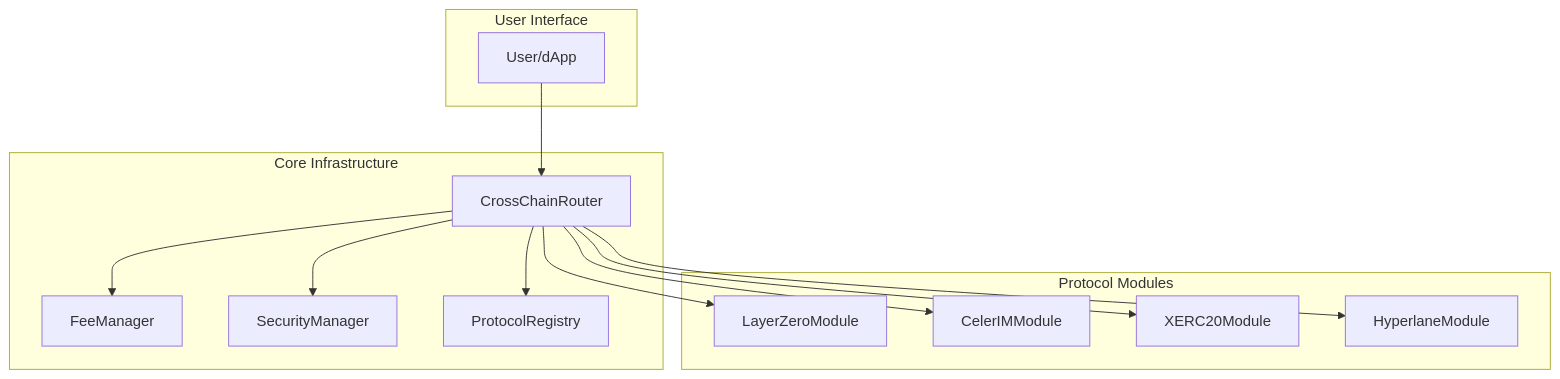
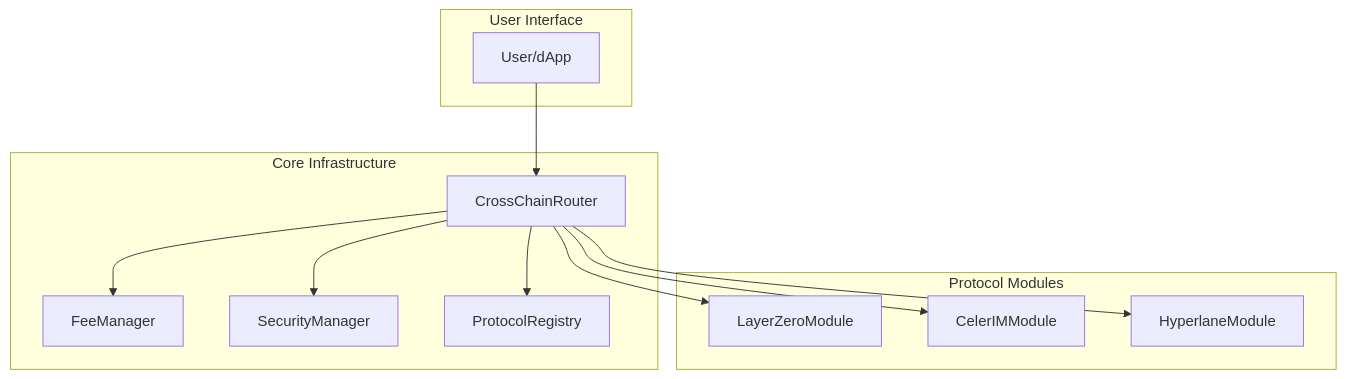
Before and after one commit to lookcard-dev/lookcoin-contract: the first of 9 diagrams in docs/TECHNICAL.md, drawn with Mermaid. The commit also changed other lines of this file and 82 other files, not shown here.

First line of the commit message:
Enhance cross-chain functionality and modular architecture

````diff
--- a/docs/TECHNICAL.md
+++ b/docs/TECHNICAL.md
@@ -32,29 +32,27 @@
 ```mermaid
 graph TB
     subgraph "User Interface"
         UI[User/dApp]
     end
     
     subgraph "Core Infrastructure"
         CCR[CrossChainRouter]
         FM[FeeManager]
         SM[SecurityManager]
         PR[ProtocolRegistry]
     end
     
     subgraph "Protocol Modules"
         LZ[LayerZeroModule]
         CM[CelerIMModule]
-        XM[XERC20Module]
         HM[HyperlaneModule]
     end
     
     UI --> CCR
     CCR --> FM
     CCR --> SM
     CCR --> PR
     CCR --> LZ
     CCR --> CM
-    CCR --> XM
     CCR --> HM
 ```
````
